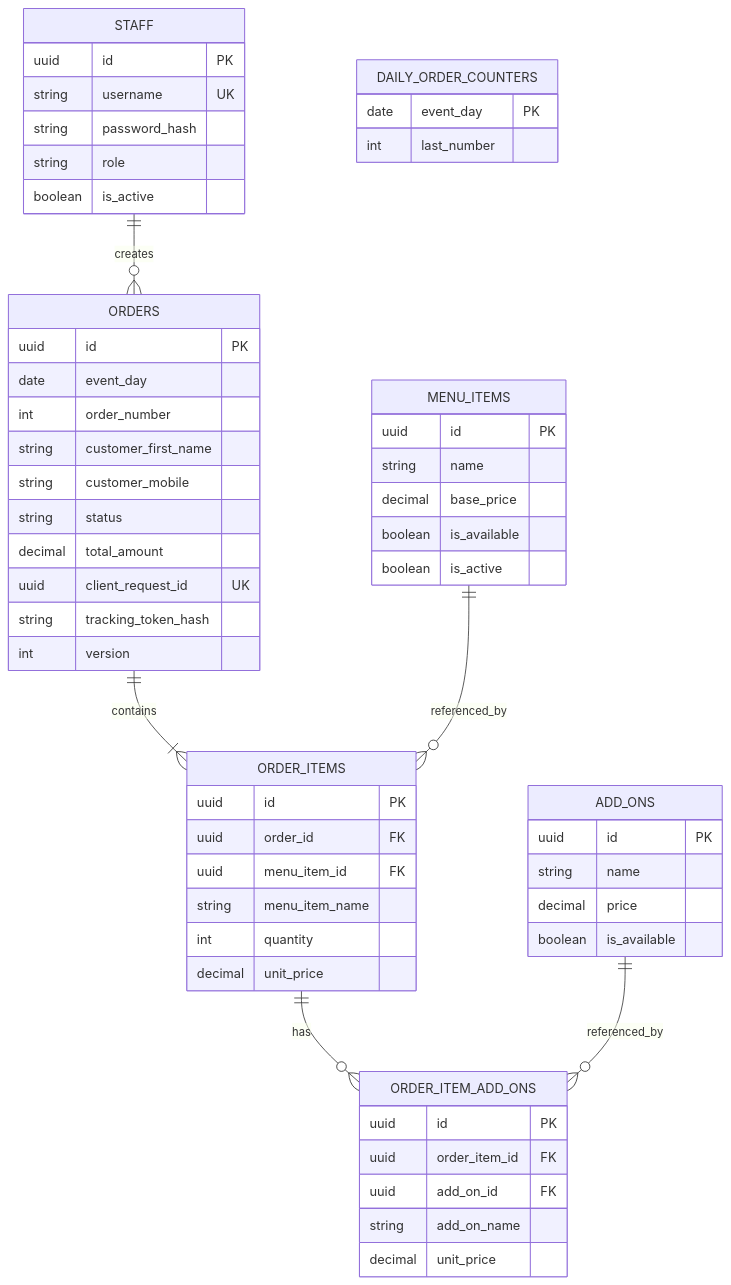
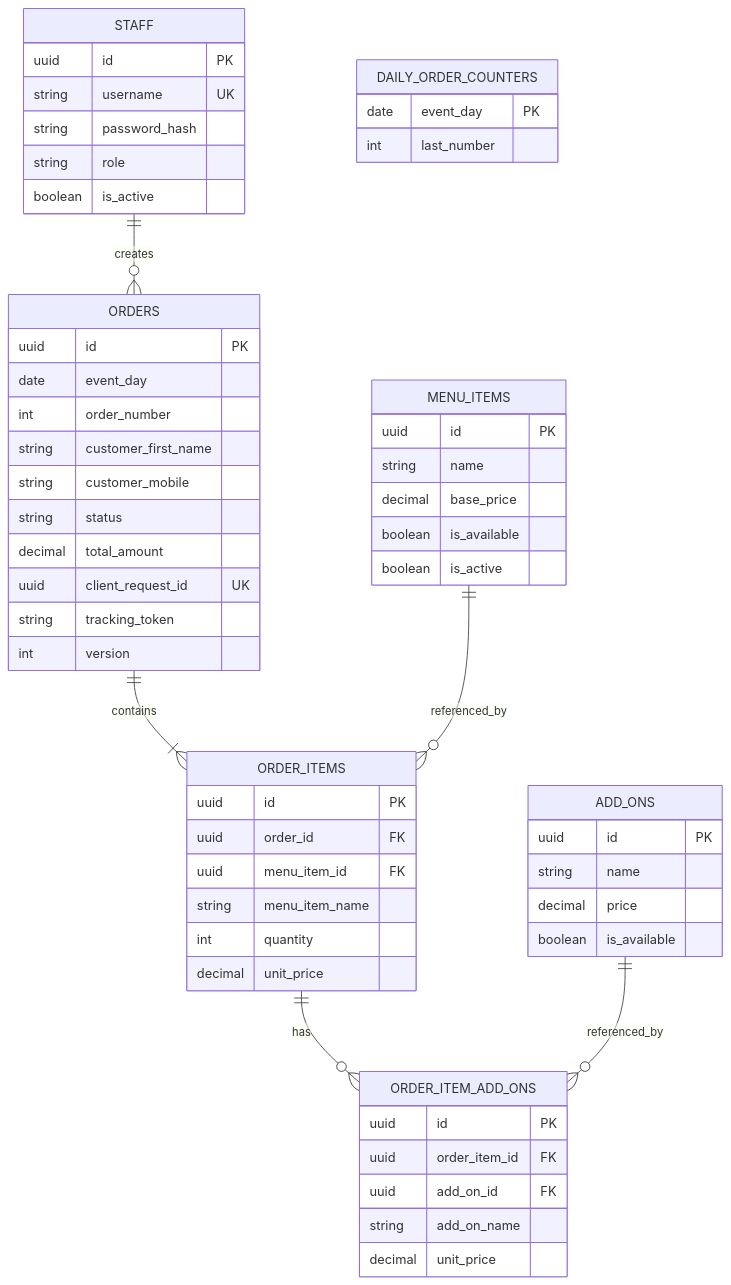
The diagram in README.md (bnb-qms/beans-beats-qms), drawn with Mermaid before and after one commit. The commit also changed other lines of this file, not shown here.

Commit message:
Clarify offline storage and schema details in README

````diff
--- a/README.md
+++ b/README.md
@@ -125,60 +125,60 @@
 ```mermaid
 erDiagram
     STAFF ||--o{ ORDERS : creates
     ORDERS ||--|{ ORDER_ITEMS : contains
     MENU_ITEMS ||--o{ ORDER_ITEMS : referenced_by
     ORDER_ITEMS ||--o{ ORDER_ITEM_ADD_ONS : has
     ADD_ONS ||--o{ ORDER_ITEM_ADD_ONS : referenced_by
 
     STAFF {
         uuid id PK
         string username UK
         string password_hash
         string role
         boolean is_active
     }
     MENU_ITEMS {
         uuid id PK
         string name
         decimal base_price
         boolean is_available
         boolean is_active
     }
     ADD_ONS {
         uuid id PK
         string name
         decimal price
         boolean is_available
     }
     DAILY_ORDER_COUNTERS {
         date event_day PK
         int last_number
     }
     ORDERS {
         uuid id PK
         date event_day
         int order_number
         string customer_first_name
         string customer_mobile
         string status
         decimal total_amount
         uuid client_request_id UK
-        string tracking_token_hash
+        string tracking_token
         int version
     }
     ORDER_ITEMS {
         uuid id PK
         uuid order_id FK
         uuid menu_item_id FK
         string menu_item_name
         int quantity
         decimal unit_price
     }
     ORDER_ITEM_ADD_ONS {
         uuid id PK
         uuid order_item_id FK
         uuid add_on_id FK
         string add_on_name
         decimal unit_price
     }
 ```
````
